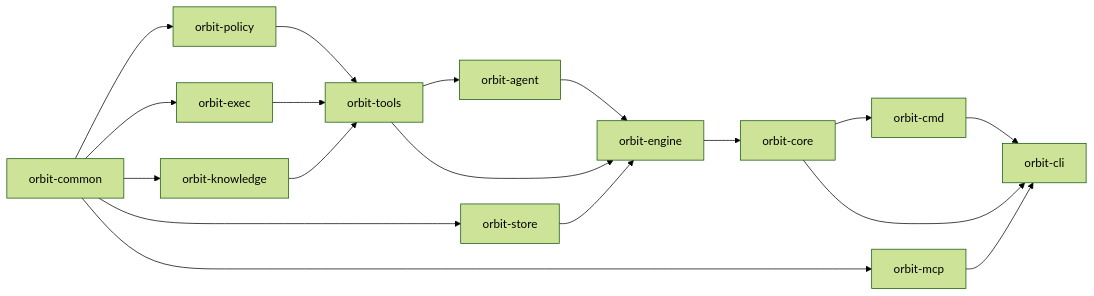
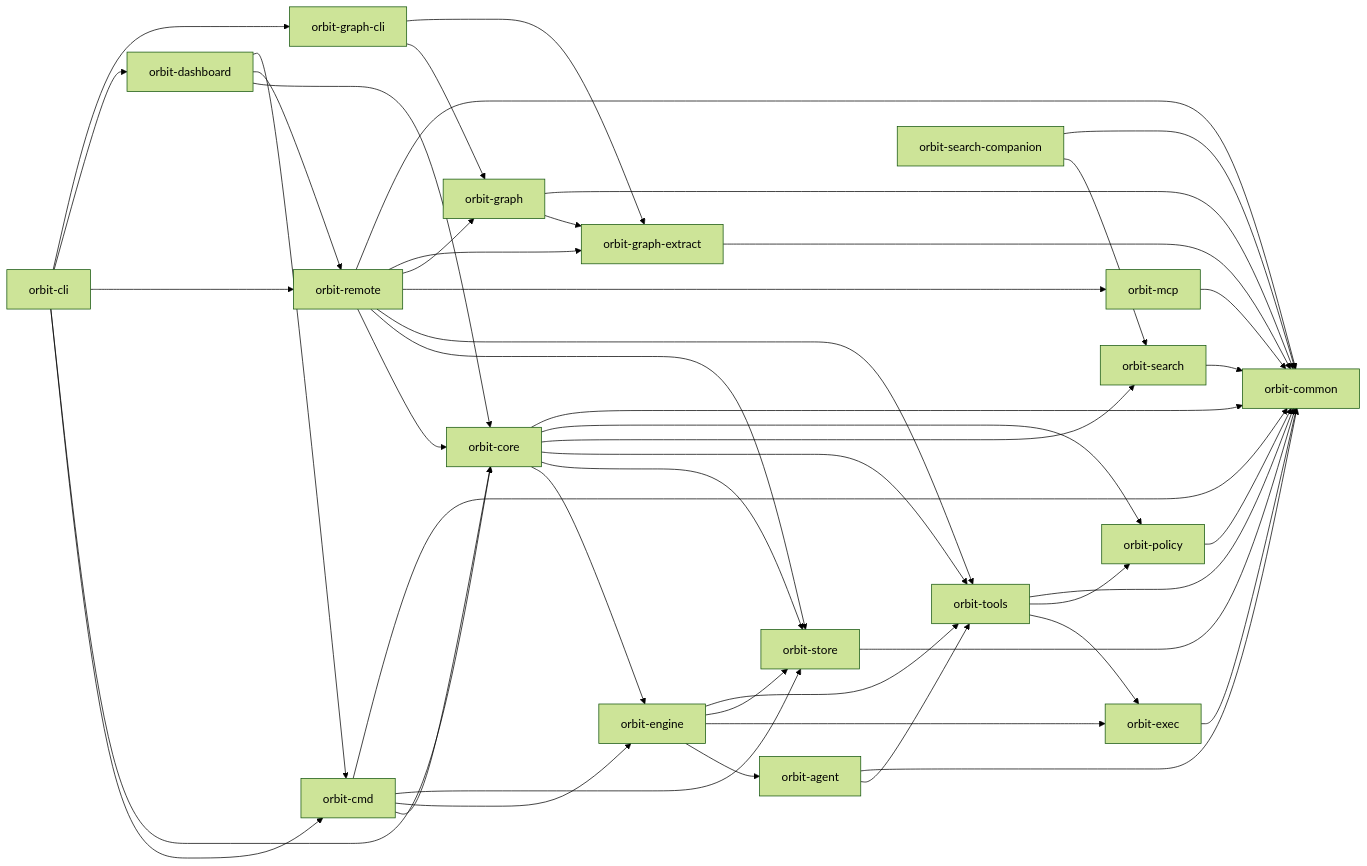
One commit to danieljhkim/orbit changed the diagram in website/src/content/docs/architecture/index.md. Above: the diagram before and after it, drawn with Mermaid (forest theme). The commit also changed other lines of this file and 42 other files, not shown here.

````diff
--- a/website/src/content/docs/architecture/index.md
+++ b/website/src/content/docs/architecture/index.md
@@ -12,20 +12,49 @@
 ```mermaid
 flowchart LR
-  Common["orbit-common"] --> Policy["orbit-policy"]
-  Common --> Exec["orbit-exec"]
-  Common --> Knowledge["orbit-knowledge"]
-  Common --> Store["orbit-store"]
-  Common --> MCP["orbit-mcp"]
-  Policy --> Tools["orbit-tools"]
-  Exec --> Tools
-  Knowledge --> Tools
-  Tools --> Agent["orbit-agent"]
-  Tools --> Engine["orbit-engine"]
-  Store --> Engine
-  Agent --> Engine
-  Engine --> Core["orbit-core"]
-  Core --> Cmd["orbit-cmd"]
-  Core --> CLI["orbit-cli"]
-  Cmd --> CLI
-  MCP --> CLI
+  CLI["orbit-cli"] --> Cmd["orbit-cmd"]
+  CLI --> Core["orbit-core"]
+  CLI --> Remote["orbit-remote"]
+  CLI --> Dashboard["orbit-dashboard"]
+  CLI --> GraphCli["orbit-graph-cli"]
+  Dashboard --> Core
+  Dashboard --> Remote
+  Dashboard --> Cmd
+  Cmd --> Core
+  Cmd --> Engine
+  Cmd --> Store
+  Core --> Engine["orbit-engine"]
+  Core --> Store["orbit-store"]
+  Core --> Tools["orbit-tools"]
+  Core --> Search["orbit-search"]
+  Core --> Policy["orbit-policy"]
+  Engine --> Agent["orbit-agent"]
+  Engine --> Exec["orbit-exec"]
+  Engine --> Store
+  Engine --> Tools
+  Agent --> Tools
+  Agent --> Common["orbit-common"]
+  Tools --> Exec
+  Tools --> Policy
+  Remote --> Core
+  Remote --> Store
+  Remote --> Tools
+  Remote --> MCP["orbit-mcp"]
+  Remote --> Graph["orbit-graph"]
+  Remote --> GraphExtract["orbit-graph-extract"]
+  Remote --> Common
+  Graph --> GraphExtract["orbit-graph-extract"]
+  Graph --> Common
+  GraphExtract --> Common
+  GraphCli --> Graph
+  GraphCli --> GraphExtract
+  Search --> Common
+  SearchCompanion["orbit-search-companion"] --> Search
+  SearchCompanion --> Common
+  MCP --> Common
+  Store --> Common
+  Exec --> Common
+  Policy --> Common
+  Tools --> Common
+  Core --> Common
+  Cmd --> Common
 ```
````
